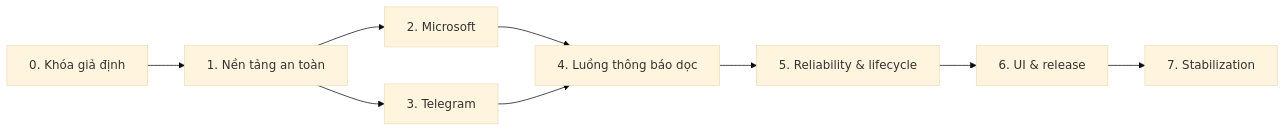
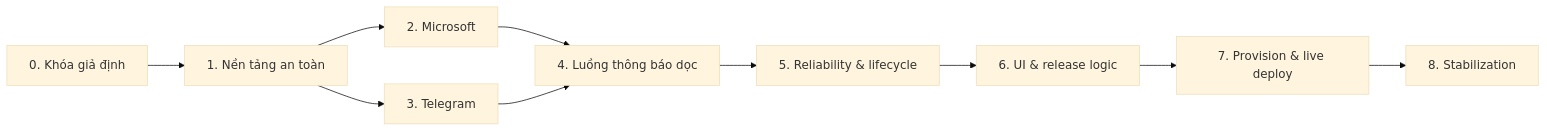
The diagram in docs/project-roadmap.md (hoa00/outlook-notifier), drawn with Mermaid (base theme) before and after one commit. The commit also changed other lines of this file and 14 other files, not shown here.

````diff
--- a/docs/project-roadmap.md
+++ b/docs/project-roadmap.md
@@ -40,11 +42,12 @@
 ```mermaid
 flowchart LR
     P0["0. Khóa giả định"] --> P1["1. Nền tảng an toàn"]
     P1 --> P2["2. Microsoft"]
     P1 --> P3["3. Telegram"]
     P2 --> P4["4. Luồng thông báo dọc"]
     P3 --> P4
     P4 --> P5["5. Reliability & lifecycle"]
-    P5 --> P6["6. UI & release"]
-    P6 --> P7["7. Stabilization"]
+    P5 --> P6["6. UI & release logic"]
+    P6 --> P7["7. Provision & live deploy"]
+    P7 --> P8["8. Stabilization"]
 ```
````
